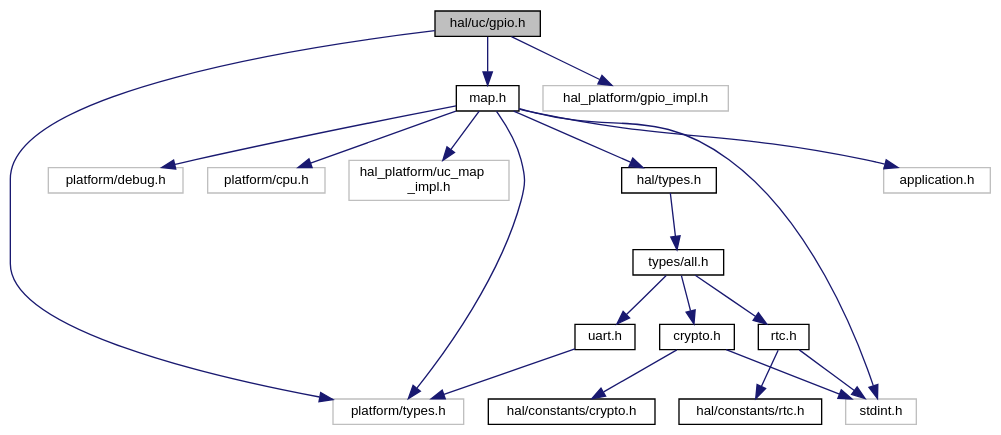
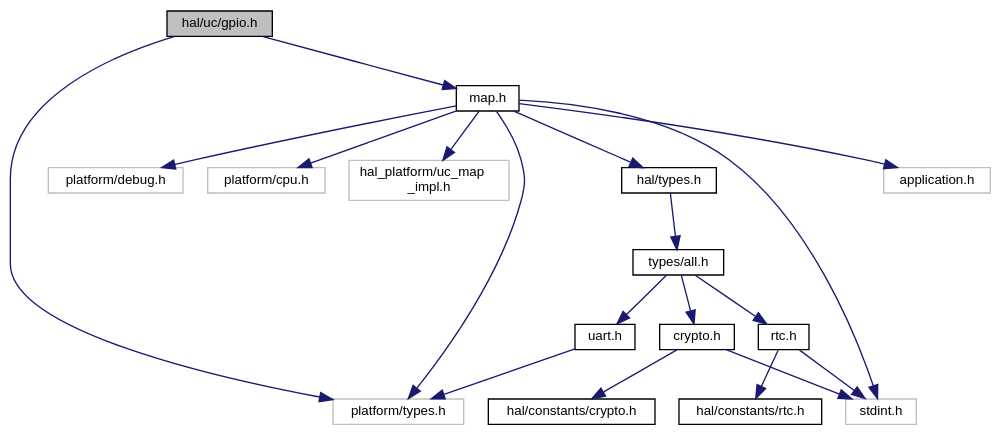
One commit to ebs-universe/piolib-hal-uc changed the diagram in gpio_8h__incl.dot. Above: the diagram before and after it, drawn with Graphviz. The commit also changed 104 other files, not shown here.

```diff
--- a/gpio_8h__incl.dot
+++ b/gpio_8h__incl.dot
@@ -1,43 +1,41 @@
 digraph "hal/uc/gpio.h"
 {
  // INTERACTIVE_SVG=YES
  // LATEX_PDF_SIZE
   bgcolor="transparent";
   edge [fontname="Helvetica",fontsize="10",labelfontname="Helvetica",labelfontsize="10"];
   node [fontname="Helvetica",fontsize="10",shape=record];
   Node1 [label="hal/uc/gpio.h",height=0.2,width=0.4,color="black", fillcolor="grey75", style="filled", fontcolor="black",tooltip="HAL for uC GPIOs."];
   Node1 -> Node2 [color="midnightblue",fontsize="10",style="solid",fontname="Helvetica"];
   Node2 [label="platform/types.h",height=0.2,width=0.4,color="grey75",tooltip=" "];
   Node1 -> Node3 [color="midnightblue",fontsize="10",style="solid",fontname="Helvetica"];
   Node3 [label="map.h",height=0.2,width=0.4,color="black",URL="$map_8h.html",tooltip="HAL for uC Peripheral Map."];
   Node3 -> Node4 [color="midnightblue",fontsize="10",style="solid",fontname="Helvetica"];
   Node4 [label="stdint.h",height=0.2,width=0.4,color="grey75",tooltip=" "];
   Node3 -> Node2 [color="midnightblue",fontsize="10",style="solid",fontname="Helvetica"];
   Node3 -> Node5 [color="midnightblue",fontsize="10",style="solid",fontname="Helvetica"];
   Node5 [label="hal/types.h",height=0.2,width=0.4,color="black",URL="$types_8h_source.html",tooltip=" "];
   Node5 -> Node6 [color="midnightblue",fontsize="10",style="solid",fontname="Helvetica"];
   Node6 [label="types/all.h",height=0.2,width=0.4,color="black",URL="$types_2all_8h_source.html",tooltip=" "];
   Node6 -> Node7 [color="midnightblue",fontsize="10",style="solid",fontname="Helvetica"];
   Node7 [label="crypto.h",height=0.2,width=0.4,color="black",URL="$types_2crypto_8h_source.html",tooltip=" "];
   Node7 -> Node4 [color="midnightblue",fontsize="10",style="solid",fontname="Helvetica"];
   Node7 -> Node8 [color="midnightblue",fontsize="10",style="solid",fontname="Helvetica"];
   Node8 [label="hal/constants/crypto.h",height=0.2,width=0.4,color="black",URL="$constants_2crypto_8h_source.html",tooltip=" "];
   Node6 -> Node9 [color="midnightblue",fontsize="10",style="solid",fontname="Helvetica"];
   Node9 [label="rtc.h",height=0.2,width=0.4,color="black",URL="$types_2rtc_8h_source.html",tooltip=" "];
   Node9 -> Node4 [color="midnightblue",fontsize="10",style="solid",fontname="Helvetica"];
   Node9 -> Node10 [color="midnightblue",fontsize="10",style="solid",fontname="Helvetica"];
   Node10 [label="hal/constants/rtc.h",height=0.2,width=0.4,color="black",URL="$constants_2rtc_8h_source.html",tooltip=" "];
   Node6 -> Node11 [color="midnightblue",fontsize="10",style="solid",fontname="Helvetica"];
   Node11 [label="uart.h",height=0.2,width=0.4,color="black",URL="$types_2uart_8h_source.html",tooltip=" "];
   Node11 -> Node2 [color="midnightblue",fontsize="10",style="solid",fontname="Helvetica"];
   Node3 -> Node12 [color="midnightblue",fontsize="10",style="solid",fontname="Helvetica"];
   Node12 [label="application.h",height=0.2,width=0.4,color="grey75",tooltip=" "];
   Node3 -> Node13 [color="midnightblue",fontsize="10",style="solid",fontname="Helvetica"];
   Node13 [label="platform/debug.h",height=0.2,width=0.4,color="grey75",tooltip=" "];
   Node3 -> Node14 [color="midnightblue",fontsize="10",style="solid",fontname="Helvetica"];
   Node14 [label="platform/cpu.h",height=0.2,width=0.4,color="grey75",tooltip=" "];
   Node3 -> Node15 [color="midnightblue",fontsize="10",style="solid",fontname="Helvetica"];
   Node15 [label="hal_platform/uc_map\l_impl.h",height=0.2,width=0.4,color="grey75",tooltip=" "];
-  Node1 -> Node16 [color="midnightblue",fontsize="10",style="solid",fontname="Helvetica"];
-  Node16 [label="hal_platform/gpio_impl.h",height=0.2,width=0.4,color="grey75",tooltip=" "];
 }
```
